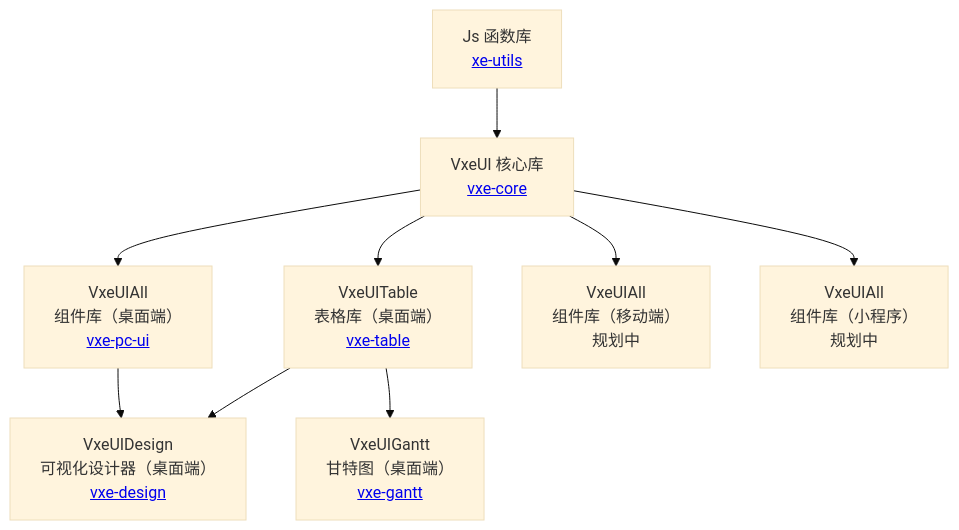
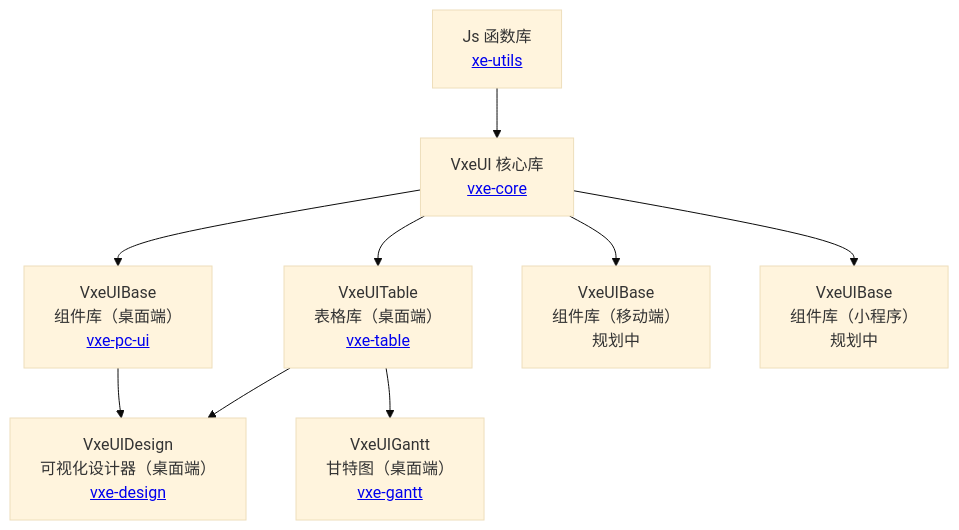
One commit to x-extends/vxe-ui-docs changed the first of 4 diagrams in framework.md. Above: the diagram before and after it, drawn with Mermaid (base theme). The commit also changed 32 other files, not shown here.

````diff
--- a/framework.md
+++ b/framework.md
@@ -3,11 +3,11 @@
 ```mermaid
 graph TD;
     xe-utils[Js 函数库<br><a href="https://github.com/x-extends/xe-utils" target="_blank">xe-utils</a>]-->vxe-core[VxeUI 核心库<br><a href="https://github.com/x-extends/vxe-core" target="_blank">vxe-core</a>];
-    vxe-core-->vxe-pc-ui[VxeUIAll<br>组件库（桌面端）<br><a href="https://github.com/x-extends/vxe-pc-ui" target="_blank">vxe-pc-ui</a>];
+    vxe-core-->vxe-pc-ui[VxeUIBase<br>组件库（桌面端）<br><a href="https://github.com/x-extends/vxe-pc-ui" target="_blank">vxe-pc-ui</a>];
     vxe-core-->vxe-table[VxeUITable<br>表格库（桌面端）<br><a href="https://github.com/x-extends/vxe-table" target="_blank">vxe-table</a>];
-    vxe-core-->vxe-mobile-ui[VxeUIAll<br>组件库（移动端）<br>规划中];
-    vxe-core-->vxe-mini-ui[VxeUIAll<br>组件库（小程序）<br>规划中];
+    vxe-core-->vxe-mobile-ui[VxeUIBase<br>组件库（移动端）<br>规划中];
+    vxe-core-->vxe-mini-ui[VxeUIBase<br>组件库（小程序）<br>规划中];
     vxe-table-->vxe-gantt[VxeUIGantt<br>甘特图（桌面端）<br><a href="https://github.com/x-extends/vxe-gantt" target="_blank">vxe-gantt</a>];
     vxe-pc-ui-->vxe-design[VxeUIDesign<br>可视化设计器（桌面端）<br><a href="https://github.com/x-extends/vxe-design" target="_blank">vxe-design</a>];
     vxe-table-->vxe-design;
 ```
````
